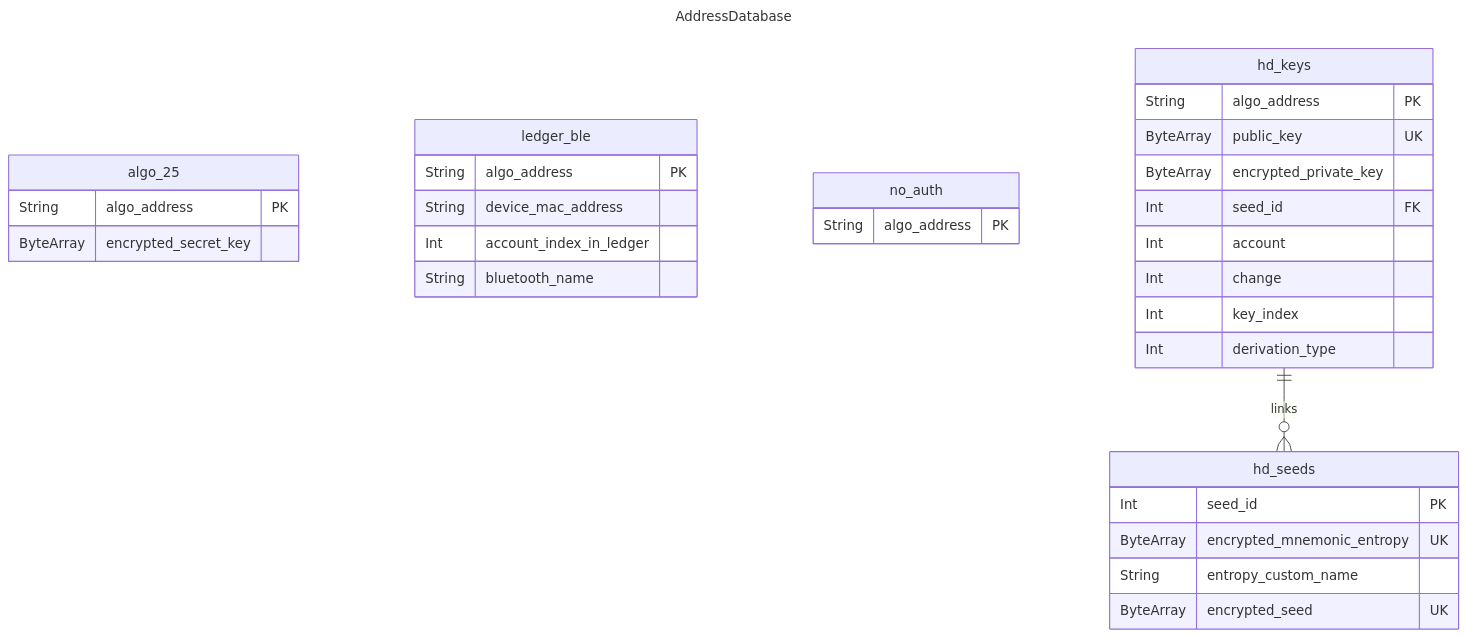
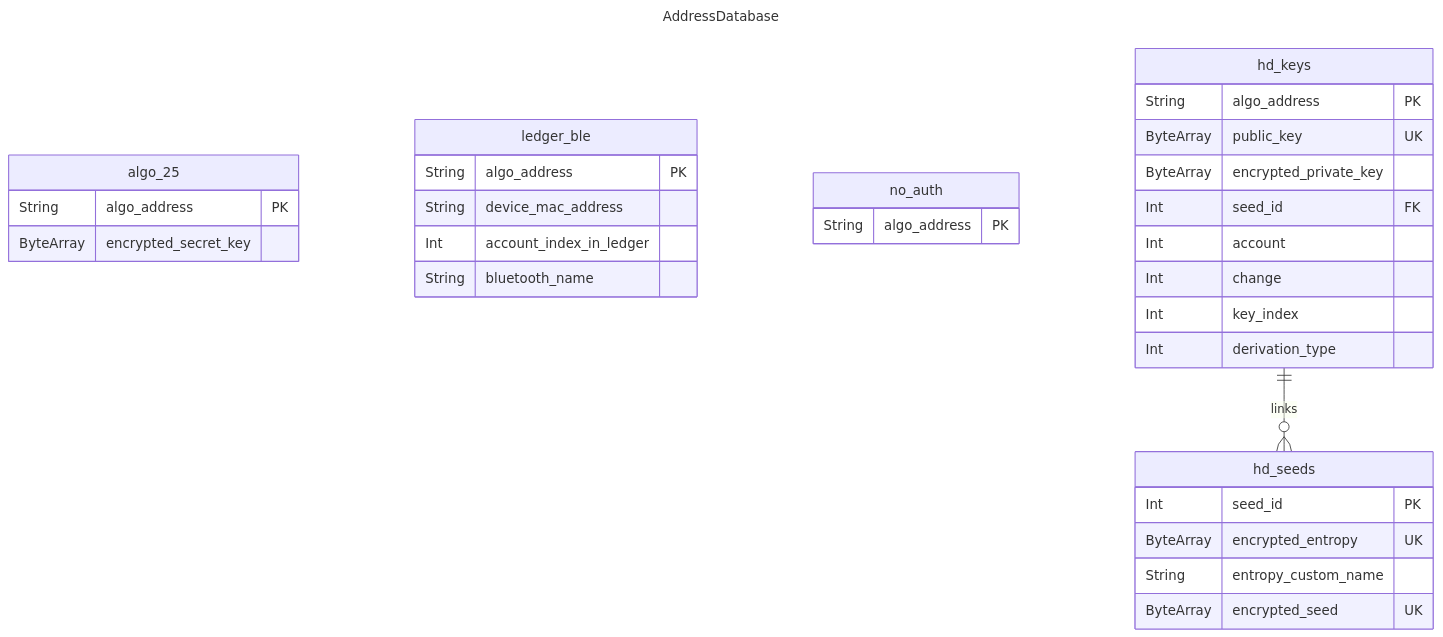
One commit to perawallet/pera-android changed the fourth of 5 diagrams in ARCHITECTURE.md. Above: the diagram before and after it, drawn with Mermaid. The commit also changed 4 other files, not shown here.

````diff
--- a/ARCHITECTURE.md
+++ b/ARCHITECTURE.md
@@ -174,36 +174,36 @@
 ```mermaid
 ---
 title: AddressDatabase
 ---
 erDiagram
     algo_25 {
         String algo_address PK
         ByteArray encrypted_secret_key
     }
     ledger_ble {
         String algo_address PK
         String device_mac_address
         Int account_index_in_ledger
         String bluetooth_name
     }
     no_auth {
         String algo_address PK
     }
     hd_seeds {
         Int seed_id PK
-        ByteArray encrypted_mnemonic_entropy UK
+        ByteArray encrypted_entropy UK
         String entropy_custom_name
         ByteArray encrypted_seed UK
     }
     hd_keys {
         String algo_address PK
         ByteArray public_key UK
         ByteArray encrypted_private_key
         Int seed_id FK
         Int account
         Int change
         Int key_index
         Int derivation_type
     }
     hd_keys ||--o{ hd_seeds : links
 ```
````
